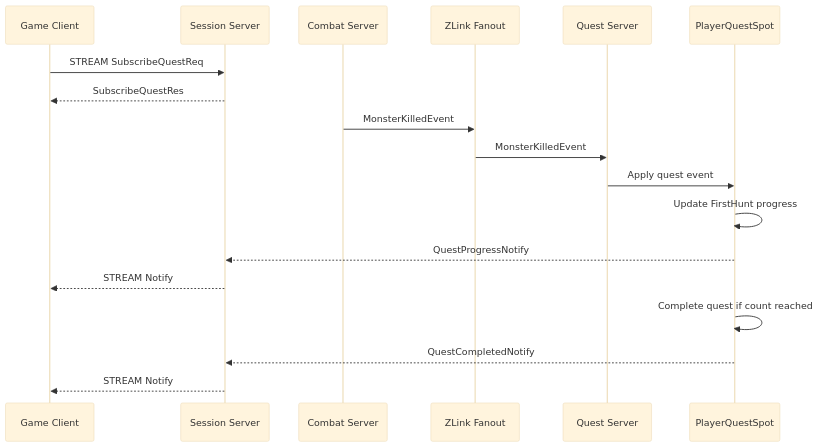
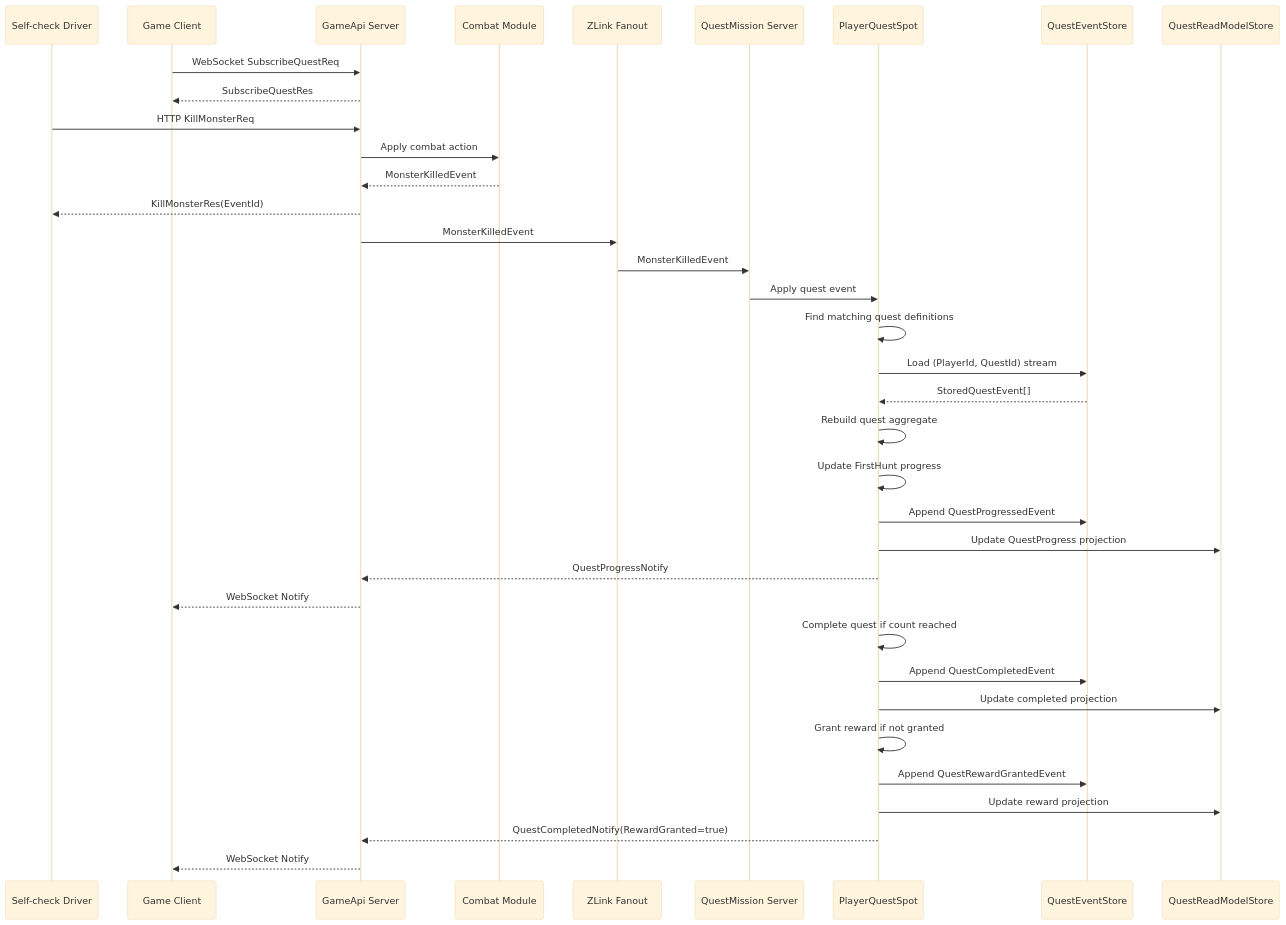
One commit to kairos-code-dev/zlink changed the third of 4 diagrams in framework/doc/spec/sample/event/gamequest.ko.md. Above: the diagram before and after it, drawn with Mermaid (base theme). The commit also changed other lines of this file and 267 other files, not shown here.

````diff
--- a/framework/doc/spec/sample/event/gamequest.ko.md
+++ b/framework/doc/spec/sample/event/gamequest.ko.md
@@ -230,21 +643,39 @@
 ```mermaid
 sequenceDiagram
+    participant D as Self-check Driver
     participant C as Game Client
-    participant S as Session Server
-    participant COM as Combat Server
+    participant API as GameApi Server
+    participant COM as Combat Module
     participant BUS as ZLink Fanout
-    participant Q as Quest Server
+    participant Q as QuestMission Server
     participant P as PlayerQuestSpot
+    participant ES as QuestEventStore
+    participant RS as QuestReadModelStore
 
-    C->>S: STREAM SubscribeQuestReq
-    S-->>C: SubscribeQuestRes
-    COM->>BUS: MonsterKilledEvent
+    C->>API: WebSocket SubscribeQuestReq
+    API-->>C: SubscribeQuestRes
+    D->>API: HTTP KillMonsterReq
+    API->>COM: Apply combat action
+    COM-->>API: MonsterKilledEvent
+    API-->>D: KillMonsterRes(EventId)
+    API->>BUS: MonsterKilledEvent
     BUS->>Q: MonsterKilledEvent
     Q->>P: Apply quest event
+    P->>P: Find matching quest definitions
+    P->>ES: Load (PlayerId, QuestId) stream
+    ES-->>P: StoredQuestEvent[]
+    P->>P: Rebuild quest aggregate
     P->>P: Update FirstHunt progress
-    P-->>S: QuestProgressNotify
-    S-->>C: STREAM Notify
+    P->>ES: Append QuestProgressedEvent
+    P->>RS: Update QuestProgress projection
+    P-->>API: QuestProgressNotify
+    API-->>C: WebSocket Notify
     P->>P: Complete quest if count reached
-    P-->>S: QuestCompletedNotify
-    S-->>C: STREAM Notify
+    P->>ES: Append QuestCompletedEvent
+    P->>RS: Update completed projection
+    P->>P: Grant reward if not granted
+    P->>ES: Append QuestRewardGrantedEvent
+    P->>RS: Update reward projection
+    P-->>API: QuestCompletedNotify(RewardGranted=true)
+    API-->>C: WebSocket Notify
 ```
````
